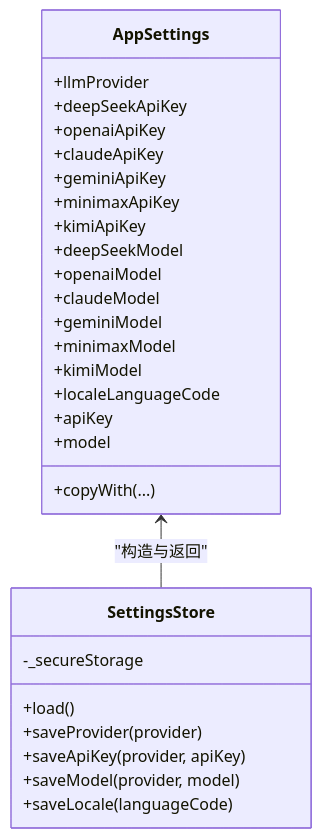
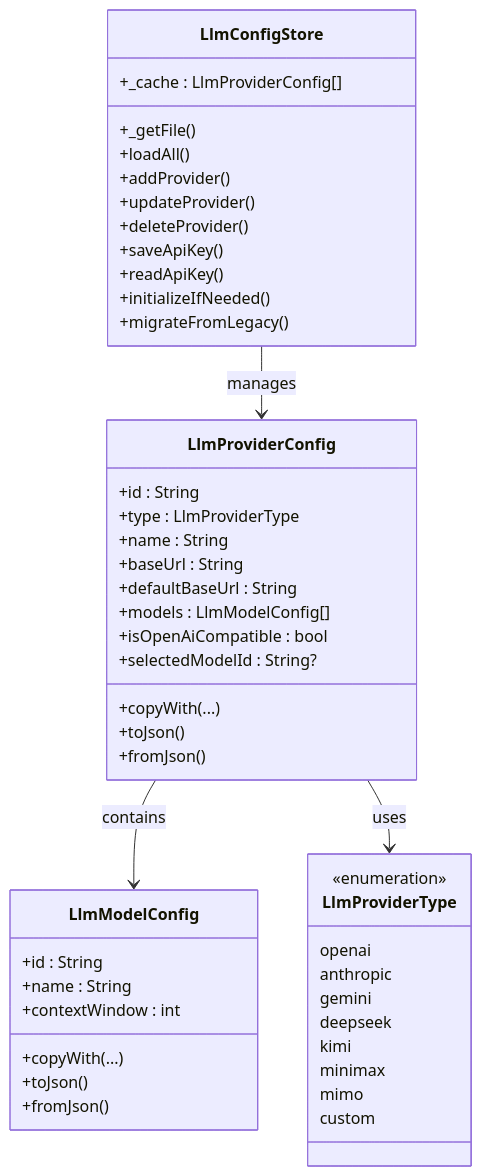
Before and after one commit to Ykworm/thktree: the third of 5 diagrams in .qoder/repowiki/zh/content/核心功能模块/设置管理系统.md, drawn with Mermaid. The commit also changed other lines of this file and 45 other files, not shown here.

````diff
--- a/.qoder/repowiki/zh/content/核心功能模块/设置管理系统.md
+++ b/.qoder/repowiki/zh/content/核心功能模块/设置管理系统.md
@@ -141,31 +194,50 @@
 ```mermaid
 classDiagram
-class AppSettings {
-+llmProvider
-+deepSeekApiKey
-+openaiApiKey
-+claudeApiKey
-+geminiApiKey
-+minimaxApiKey
-+kimiApiKey
-+deepSeekModel
-+openaiModel
-+claudeModel
-+geminiModel
-+minimaxModel
-+kimiModel
-+localeLanguageCode
-+apiKey
-+model
+class LlmProviderConfig {
++id : String
++type : LlmProviderType
++name : String
++baseUrl : String
++defaultBaseUrl : String
++models : LlmModelConfig[]
++isOpenAiCompatible : bool
++selectedModelId : String?
 +copyWith(...)
++toJson()
++fromJson()
 }
-class SettingsStore {
--_secureStorage
-+load()
-+saveProvider(provider)
-+saveApiKey(provider, apiKey)
-+saveModel(provider, model)
-+saveLocale(languageCode)
+class LlmModelConfig {
++id : String
++name : String
++contextWindow : int
++copyWith(...)
++toJson()
++fromJson()
 }
-AppSettings <-- SettingsStore : "构造与返回"
+class LlmProviderType {
+<<enumeration>>
+openai
+anthropic
+gemini
+deepseek
+kimi
+minimax
+mimo
+custom
+}
+class LlmConfigStore {
++_cache : LlmProviderConfig[]
++_getFile()
++loadAll()
++addProvider()
++updateProvider()
++deleteProvider()
++saveApiKey()
++readApiKey()
++initializeIfNeeded()
++migrateFromLegacy()
+}
+LlmProviderConfig --> LlmModelConfig : contains
+LlmConfigStore --> LlmProviderConfig : manages
+LlmProviderConfig --> LlmProviderType : uses
 ```
````
